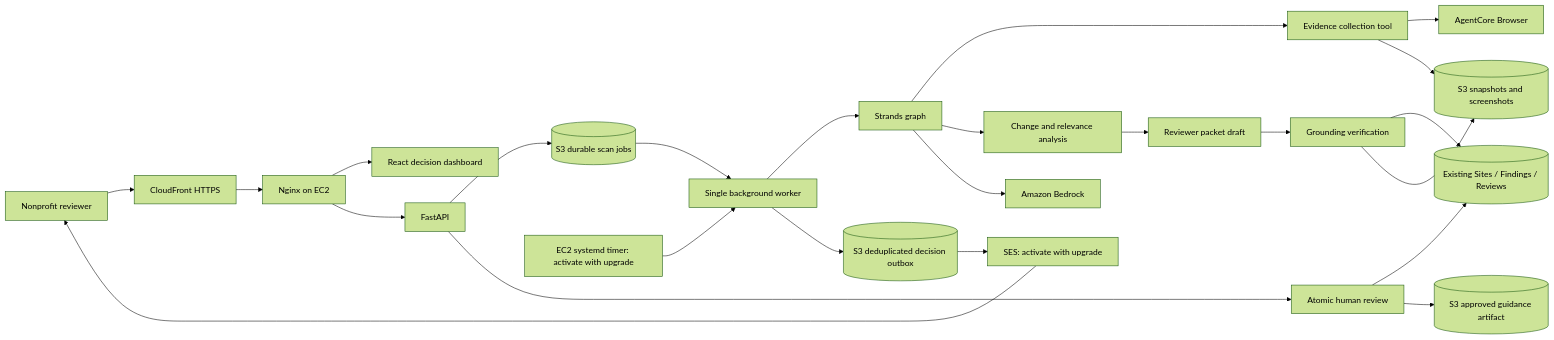
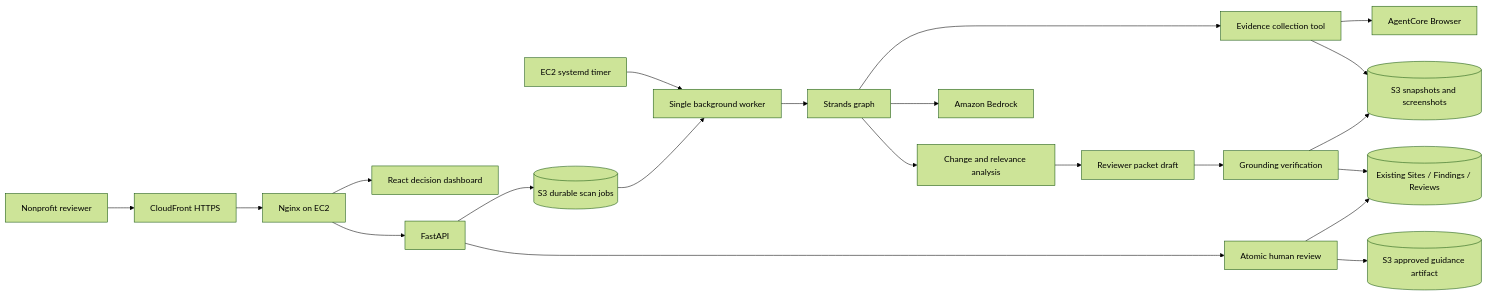
Before and after one commit to yashsanap14/Civic-Canary: the diagram in README.md, drawn with Mermaid (forest theme). The commit also changed other lines of this file and 2 other files, not shown here.

````diff
--- a/README.md
+++ b/README.md
@@ -83,26 +98,23 @@
 ```mermaid
 flowchart LR
     USER[Nonprofit reviewer] --> CF[CloudFront HTTPS]
     CF --> NGINX[Nginx on EC2]
     NGINX --> UI[React decision dashboard]
     NGINX --> API[FastAPI]
     API --> JOBS[(S3 durable scan jobs)]
-    TIMER[EC2 systemd timer: activate with upgrade] --> WORKER[Single background worker]
+    TIMER[EC2 systemd timer] --> WORKER[Single background worker]
     JOBS --> WORKER
     WORKER --> GRAPH[Strands graph]
     GRAPH --> COLLECT[Evidence collection tool]
     COLLECT --> BROWSER[AgentCore Browser]
     GRAPH --> CLASSIFY[Change and relevance analysis]
     CLASSIFY --> DRAFT[Reviewer packet draft]
     DRAFT --> VERIFY[Grounding verification]
     GRAPH --> BEDROCK[Amazon Bedrock]
     VERIFY --> DB[(Existing Sites / Findings / Reviews)]
     COLLECT --> S3[(S3 snapshots and screenshots)]
     VERIFY --> S3
-    WORKER --> OUTBOX[(S3 deduplicated decision outbox)]
-    OUTBOX --> SES[SES: activate with upgrade]
-    SES --> USER
     API --> REVIEW[Atomic human review]
     REVIEW --> DB
     REVIEW --> ARTIFACT[(S3 approved guidance artifact)]
 ```
````
